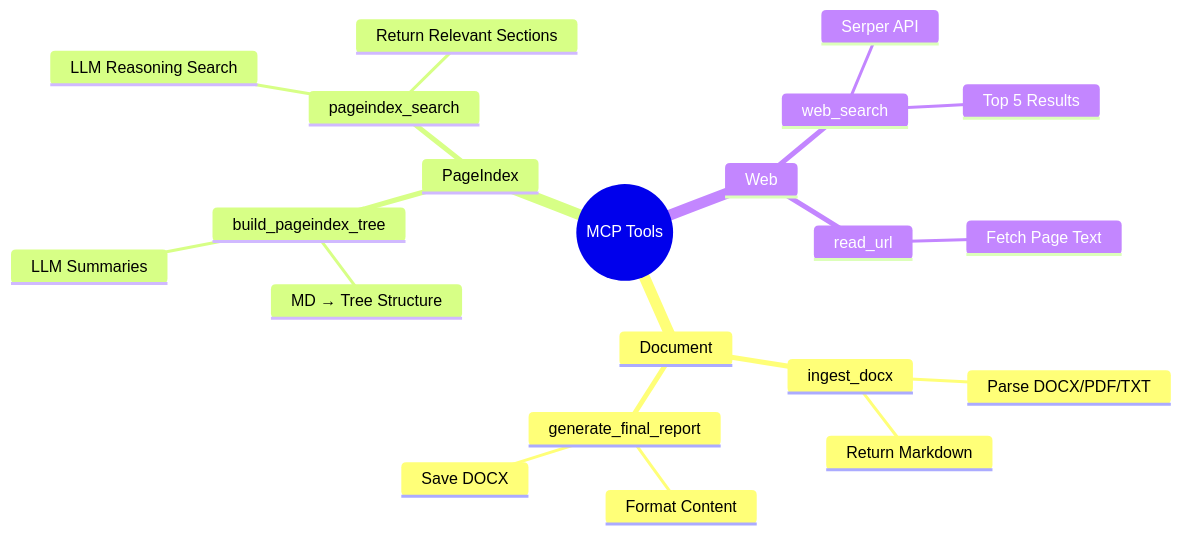
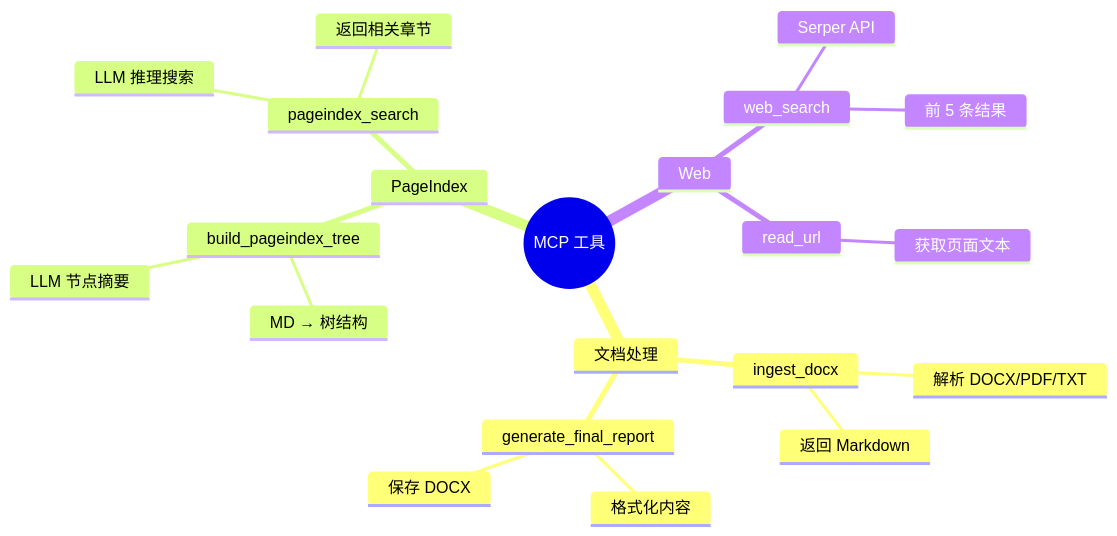
Before and after one commit to HoeTee/contract_agent: the fourth of 6 diagrams in project_intro/ARCHITECTURE.md, drawn with Mermaid. The commit also changed other lines of this file and 4571 other files, not shown here.

````diff
--- a/project_intro/ARCHITECTURE.md
+++ b/project_intro/ARCHITECTURE.md
@@ -183,24 +183,24 @@
 ```mermaid
 mindmap
-  root((MCP Tools))
-    Document
+  root((MCP 工具))
+    文档处理
       ingest_docx
-        Parse DOCX/PDF/TXT
-        Return Markdown
+        解析 DOCX/PDF/TXT
+        返回 Markdown
       generate_final_report
-        Format Content
-        Save DOCX
+        格式化内容
+        保存 DOCX
     PageIndex
       build_pageindex_tree
-        MD → Tree Structure
-        LLM Summaries
+        MD → 树结构
+        LLM 节点摘要
       pageindex_search
-        LLM Reasoning Search
-        Return Relevant Sections
+        LLM 推理搜索
+        返回相关章节
     Web
       web_search
         Serper API
-        Top 5 Results
+        前 5 条结果
       read_url
-        Fetch Page Text
+        获取页面文本
 ```
````
